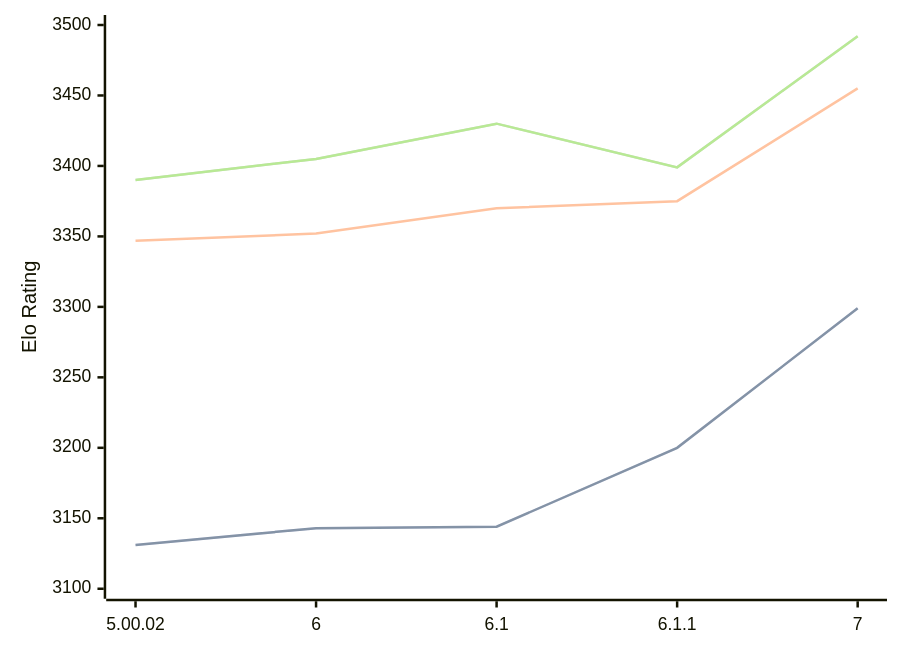
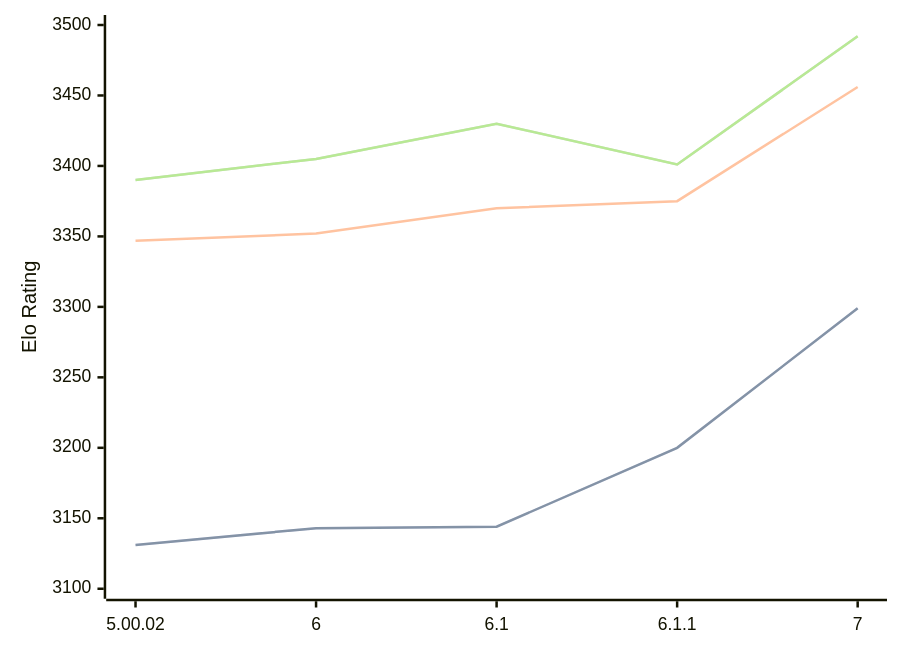
One commit to computer-chess-index/cci changed the diagram in engines/Zangdar.md. Above: the diagram before and after it, drawn with Mermaid. The commit also changed other lines of this file, not shown here.

Commit message:
Update CCI Ratings (ELO VLTC) - 2026-08-24

````diff
--- a/engines/Zangdar.md
+++ b/engines/Zangdar.md
@@ -35,11 +35,11 @@
 ```mermaid
 %%{init: {"theme":"base","themeVariables":{"seriesColors:['#a3a3a3','#222221','#faa371']}}}%%
 xychart-beta
   x-axis ["5.00.02", "6", "6.1", "6.1.1", "7"]
   y-axis "Elo Rating" 3100 --> 3500
   line "STC (8.0+0.08s)" [3131, 3143, 3144, 3200, 3299]
   line "STC (8.0+0.08s)" [3131, 3143, 3144, 3200, 3299]
-  line "LTC (60.0+0.60s)" [3347, 3352, 3370, 3375, 3455]
-  line "VLTC (2m24s+1.12s)" [3390, 3405, 3430, 3399, 3492]
-  line "VLTC (2m24s+1.12s)" [3390, 3405, 3430, 3399, 3492]
+  line "LTC (60.0+0.60s)" [3347, 3352, 3370, 3375, 3456]
+  line "VLTC (2m24s+1.12s)" [3390, 3405, 3430, 3401, 3492]
+  line "VLTC (2m24s+1.12s)" [3390, 3405, 3430, 3401, 3492]
 ```
````
